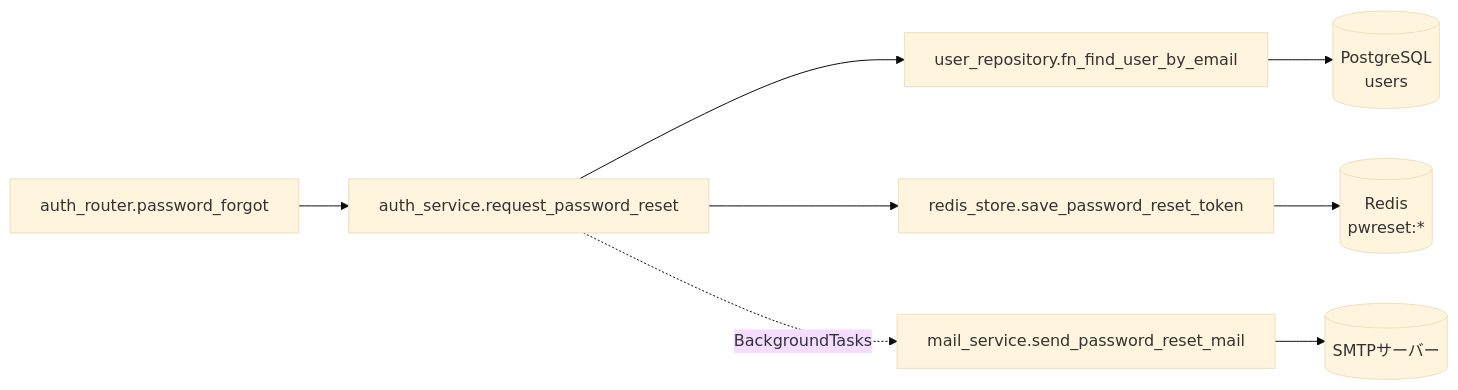
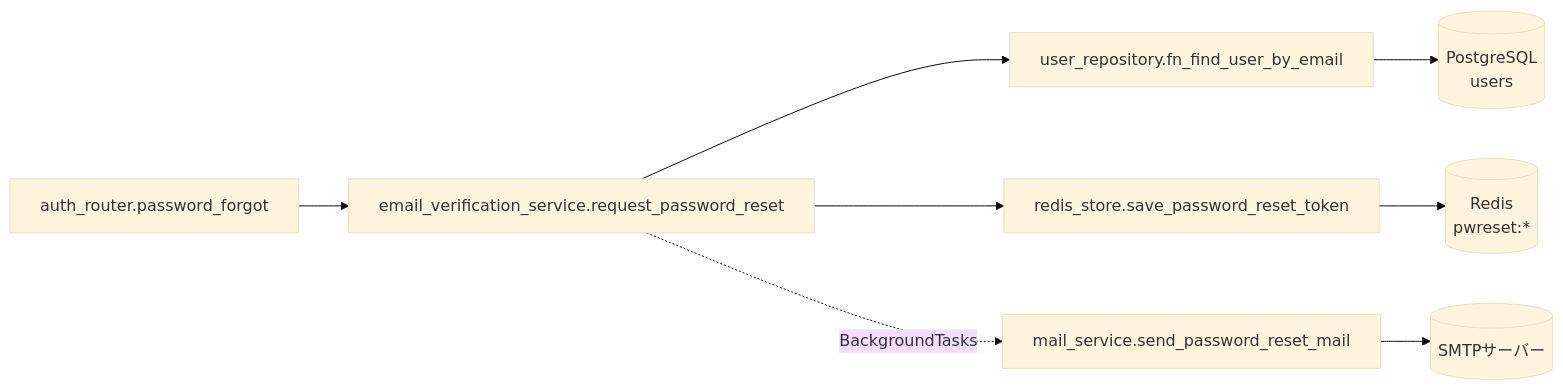
Before and after one commit to oikawa-d/task_management: the third of 4 diagrams in docs/detailed_design/api/auth/09_post_auth_password_forgot.md, drawn with Mermaid (base theme). The commit also changed other lines of this file and 29 other files, not shown here.

````diff
--- a/docs/detailed_design/api/auth/09_post_auth_password_forgot.md
+++ b/docs/detailed_design/api/auth/09_post_auth_password_forgot.md
@@ -183,10 +183,10 @@
 ```mermaid
 flowchart LR
-    R["auth_router.password_forgot"] --> S["auth_service.request_password_reset"]
+    R["auth_router.password_forgot"] --> S["email_verification_service.request_password_reset"]
     S --> UR["user_repository.fn_find_user_by_email"]
     S --> RD["redis_store.save_password_reset_token"]
     S -.->|"BackgroundTasks"| MS["mail_service.send_password_reset_mail"]
     UR --> PG[("PostgreSQL<br/>users")]
     RD --> REDIS[("Redis<br/>pwreset:*")]
     MS --> SMTP[("SMTPサーバー")]
 ```
````
